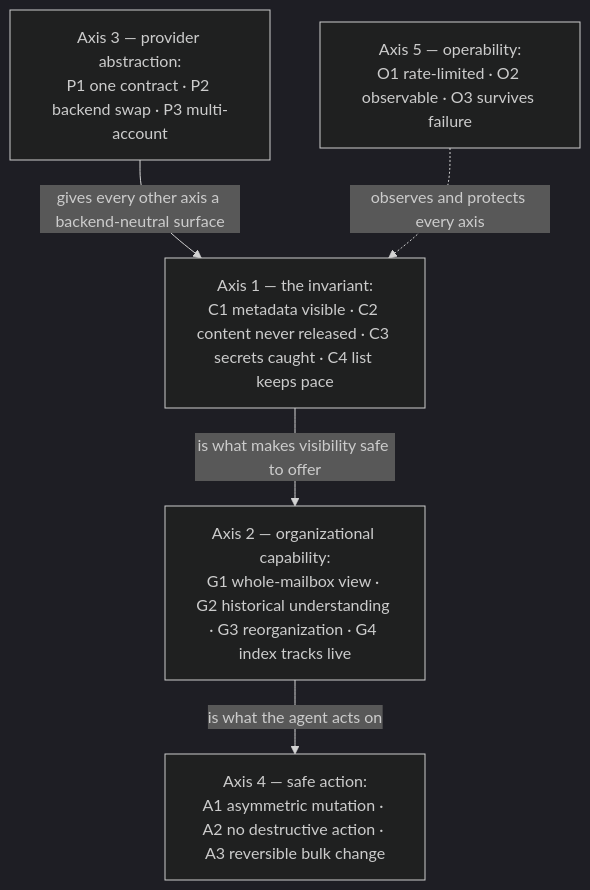
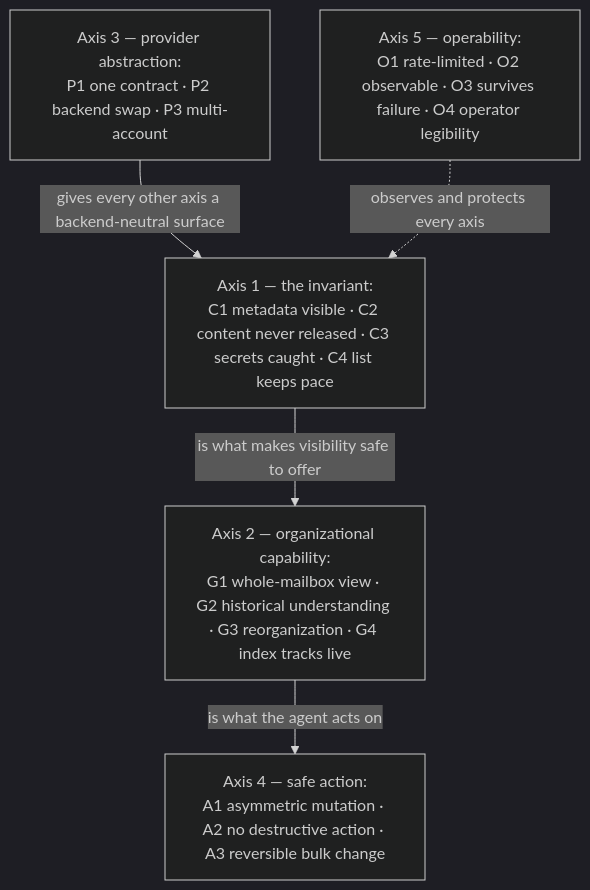
The diagram in USE_CASES.md (ppat/mediated-mailbox-mcp), drawn with Mermaid (dark theme) before and after one commit. The commit also changed other lines of this file and 2 other files, not shown here.

First line of the commit message:
docs: record outcome O4 — the operator can see and steer the system (#16)

````diff
--- a/USE_CASES.md
+++ b/USE_CASES.md
@@ -72,12 +72,12 @@
 ```mermaid
 flowchart TB
     C["Axis 1 — the invariant:<br/>C1 metadata visible · C2 content never released · C3 secrets caught · C4 list keeps pace"]
     G["Axis 2 — organizational capability:<br/>G1 whole-mailbox view · G2 historical understanding · G3 reorganization · G4 index tracks live"]
     P["Axis 3 — provider abstraction:<br/>P1 one contract · P2 backend swap · P3 multi-account"]
     A["Axis 4 — safe action:<br/>A1 asymmetric mutation · A2 no destructive action · A3 reversible bulk change"]
-    O["Axis 5 — operability:<br/>O1 rate-limited · O2 observable · O3 survives failure"]
+    O["Axis 5 — operability:<br/>O1 rate-limited · O2 observable · O3 survives failure · O4 operator legibility"]
     P -->|"gives every other axis a backend-neutral surface"| C
     C -->|"is what makes visibility safe to offer"| G
     G -->|"is what the agent acts on"| A
     O -.->|"observes and protects every axis"| C
 ```
````
